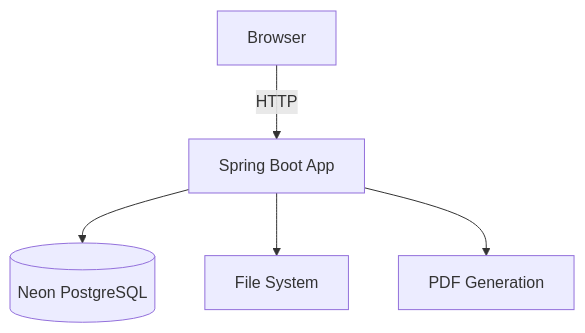
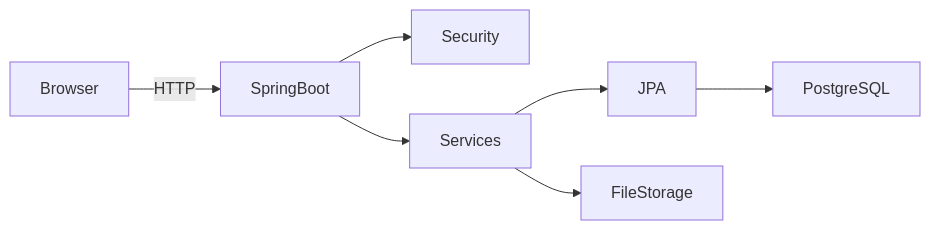
Before and after one commit to TheComputationalCore/employee-management: the first of 2 diagrams in README.md, drawn with Mermaid. The commit also changed other lines of this file, not shown here.

````diff
--- a/README.md
+++ b/README.md
@@ -128,8 +74,9 @@
 ```mermaid
-graph TD
-    Browser[Browser]
-    Browser -->|HTTP| SpringBoot[Spring Boot App]
-    SpringBoot --> PostgreSQL[(Neon PostgreSQL)]
-    SpringBoot --> FileStorage[File System]
-    SpringBoot --> PDF[PDF Generation]
+flowchart LR
+    Browser -->|HTTP| SpringBoot
+    SpringBoot --> Security
+    SpringBoot --> Services
+    Services --> JPA
+    JPA --> PostgreSQL
+    Services --> FileStorage
 ```
````
